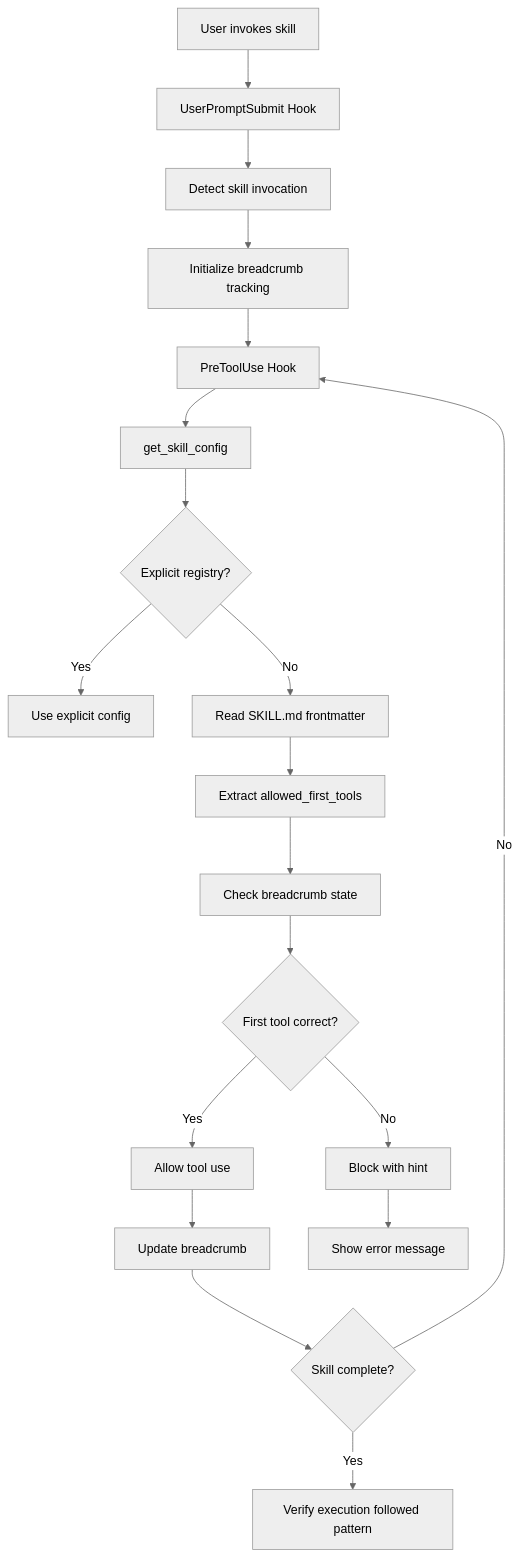
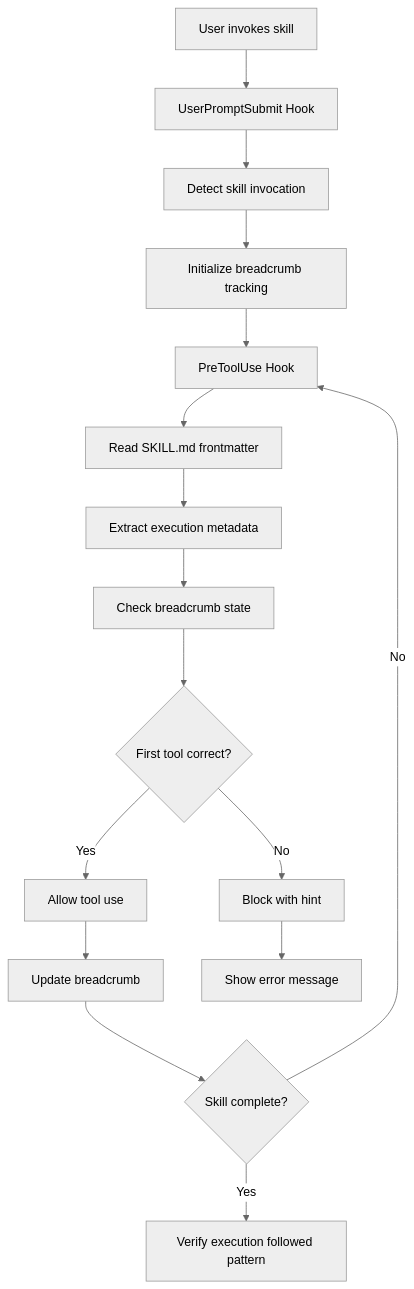
One commit to EndUser123/skill-guard changed the diagram in README.md. Above: the diagram before and after it, drawn with Mermaid (neutral theme). The commit also changed other lines of this file and 11 other files, not shown here.

````diff
--- a/README.md
+++ b/README.md
@@ -125,21 +125,18 @@
 ```mermaid
 graph TD
     A[User invokes skill] --> B[UserPromptSubmit Hook]
     B --> C[Detect skill invocation]
     C --> D[Initialize breadcrumb tracking]
     D --> E[PreToolUse Hook]
-    E --> F[get_skill_config]
-    F --> G{Explicit registry?}
-    G -->|Yes| H[Use explicit config]
-    G -->|No| I[Read SKILL.md frontmatter]
-    I --> J[Extract allowed_first_tools]
-    J --> K[Check breadcrumb state]
-    K --> L{First tool correct?}
-    L -->|Yes| M[Allow tool use]
-    L -->|No| N[Block with hint]
-    M --> O[Update breadcrumb]
-    N --> P[Show error message]
-    O --> Q{Skill complete?}
-    Q -->|No| E
-    Q -->|Yes| R[Verify execution followed pattern]
+    E --> F[Read SKILL.md frontmatter]
+    F --> G[Extract execution metadata]
+    G --> H[Check breadcrumb state]
+    H --> I{First tool correct?}
+    I -->|Yes| J[Allow tool use]
+    I -->|No| K[Block with hint]
+    J --> L[Update breadcrumb]
+    K --> M[Show error message]
+    L --> N{Skill complete?}
+    N -->|No| E
+    N -->|Yes| O[Verify execution followed pattern]
 ```
````
